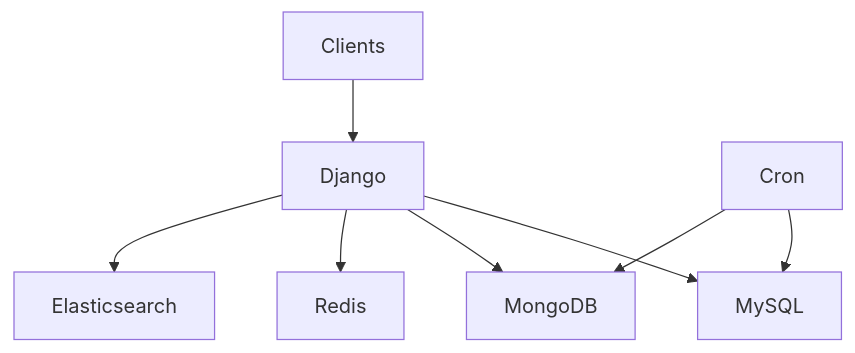
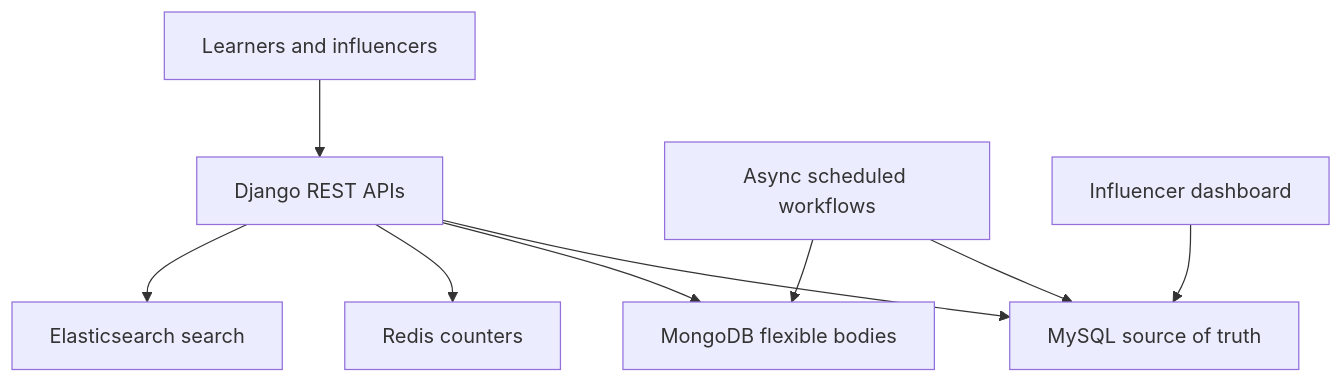
Before and after one commit to TM-DEV-PRO/final-resume: diagram 13 of 13 in final_java_ai/prep/33_architecture_diagrams.md, drawn with Mermaid. The commit also changed other lines of this file and 617 other files, not shown here.

````diff
--- a/final_java_ai/prep/33_architecture_diagrams.md
+++ b/final_java_ai/prep/33_architecture_diagrams.md
@@ -253,10 +734,11 @@
 ```mermaid
 flowchart TB
-  Clients --> Django
-  Django --> MySQL
-  Django --> MongoDB
-  Django --> Redis
-  Django --> ES[Elasticsearch]
-  Cron --> MySQL
-  Cron --> MongoDB
+  CL["Learners and influencers"] --> DJ["Django REST APIs"]
+  DJ --> MY["MySQL source of truth"]
+  DJ --> MO["MongoDB flexible bodies"]
+  DJ --> RE["Redis counters"]
+  DJ --> ES["Elasticsearch search"]
+  JOBS["Async scheduled workflows"] --> MY
+  JOBS --> MO
+  DASH["Influencer dashboard"] --> MY
 ```
````
